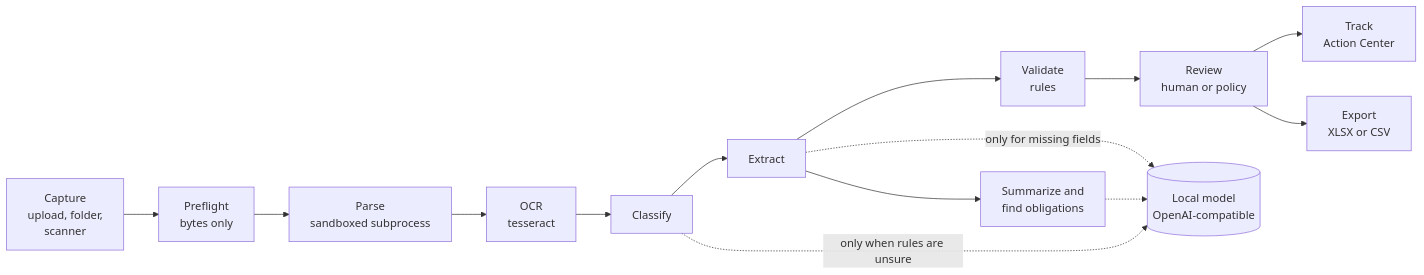
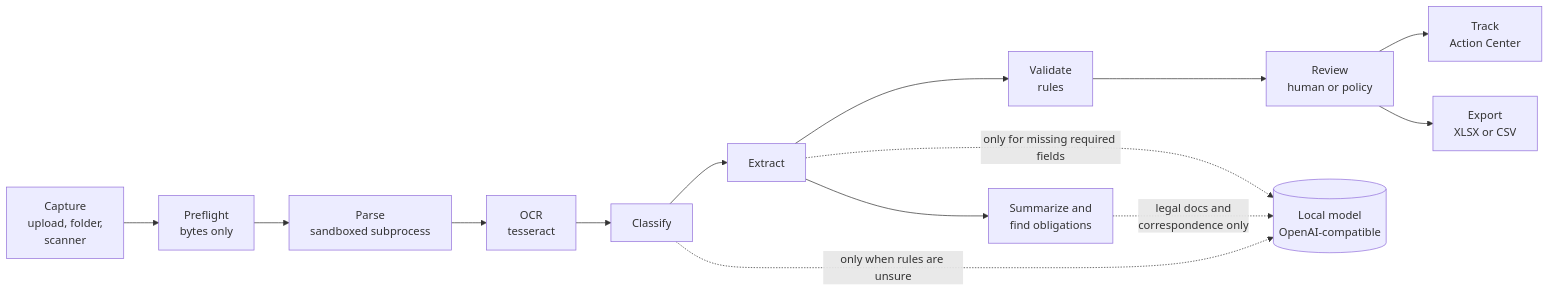
The diagram in README.md (anthonyduenez/VaultAI), drawn with Mermaid before and after one commit. The commit also changed other lines of this file and 4 other files, not shown here.

````diff
--- a/README.md
+++ b/README.md
@@ -26,15 +26,15 @@
 ```mermaid
 flowchart LR
     A[Capture<br/>upload, folder,<br/>scanner] --> B[Preflight<br/>bytes only]
     B --> C[Parse<br/>sandboxed subprocess]
     C --> D[OCR<br/>tesseract]
     D --> E[Classify]
     E --> F[Extract]
     F --> G[Validate<br/>rules]
     G --> H[Review<br/>human or policy]
     H --> I[Track<br/>Action Center]
     H --> J[Export<br/>XLSX or CSV]
     E -. only when rules are unsure .-> M[(Local model<br/>OpenAI-compatible)]
-    F -. only for missing fields .-> M
-    F --> S[Summarize and<br/>find obligations] -.-> M
+    F -. only for missing required fields .-> M
+    F --> S[Summarize and<br/>find obligations] -. legal docs and<br/>correspondence only .-> M
 ```
````
